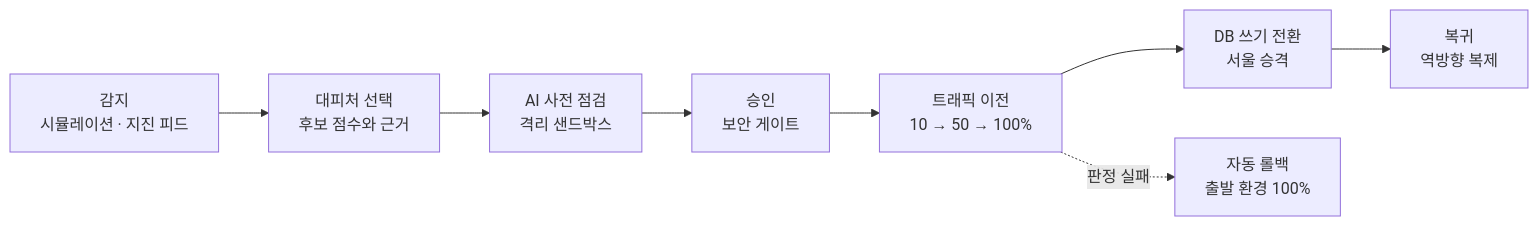
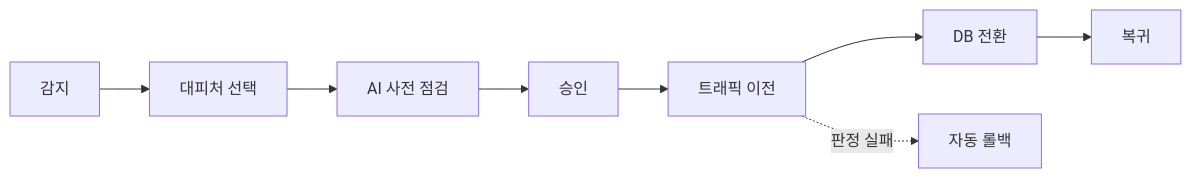
Before and after one commit to Softbank-Hackathon-2026-Team-Echo/.github: the second of 2 diagrams in profile/README.md, drawn with Mermaid. The commit also changed other lines of this file, not shown here.

Commit message:
docs: 조직 소개를 시스템 아키텍처 중심으로 다시 쓰기

````diff
--- a/profile/README.md
+++ b/profile/README.md
@@ -501,10 +496,5 @@
 ```mermaid
 flowchart LR
-  A[감지<br/>시뮬레이션 · 지진 피드] --> B[대피처 선택<br/>후보 점수와 근거]
-  B --> C[AI 사전 점검<br/>격리 샌드박스]
-  C --> D[승인<br/>보안 게이트]
-  D --> E[트래픽 이전<br/>10 → 50 → 100%]
-  E --> F[DB 쓰기 전환<br/>서울 승격]
-  F --> G[복귀<br/>역방향 복제]
-  E -. 판정 실패 .-> H[자동 롤백<br/>출발 환경 100%]
+  A[감지] --> B[대피처 선택] --> C[AI 사전 점검] --> D[승인] --> E[트래픽 이전] --> F[DB 전환] --> G[복귀]
+  E -. 판정 실패 .-> H[자동 롤백]
 ```
````
